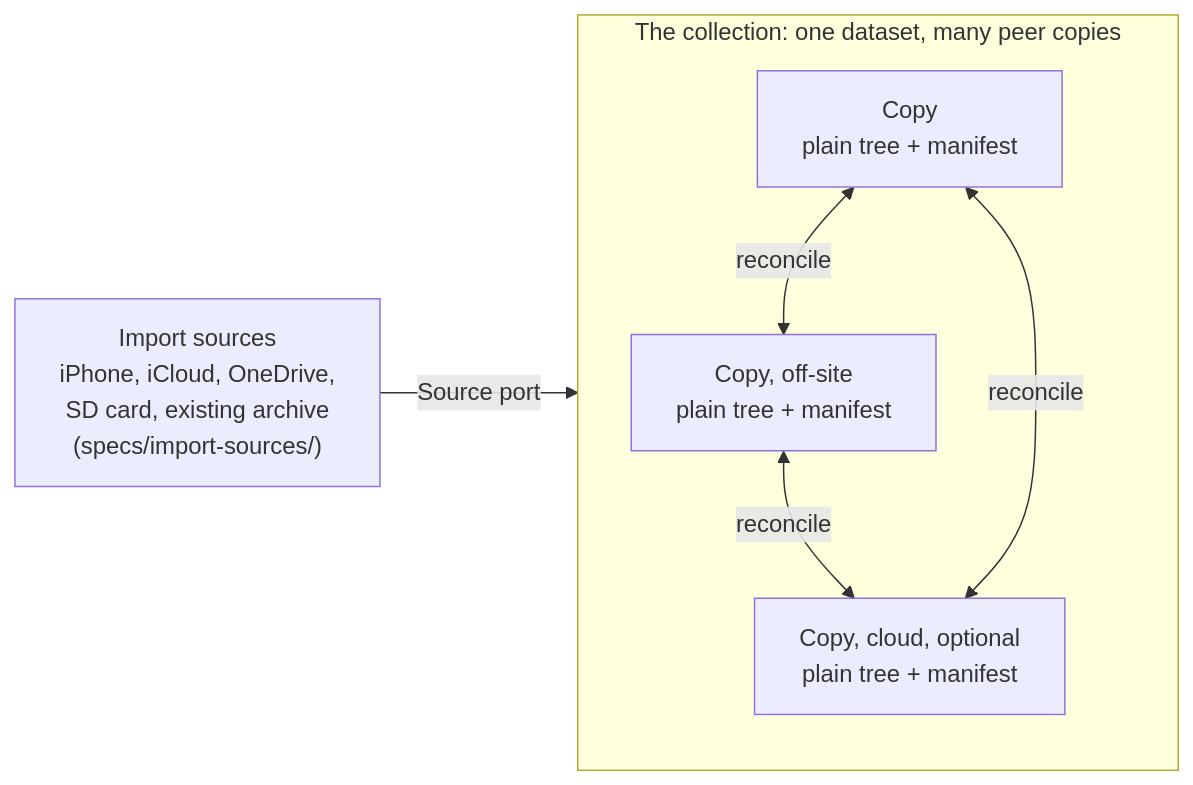
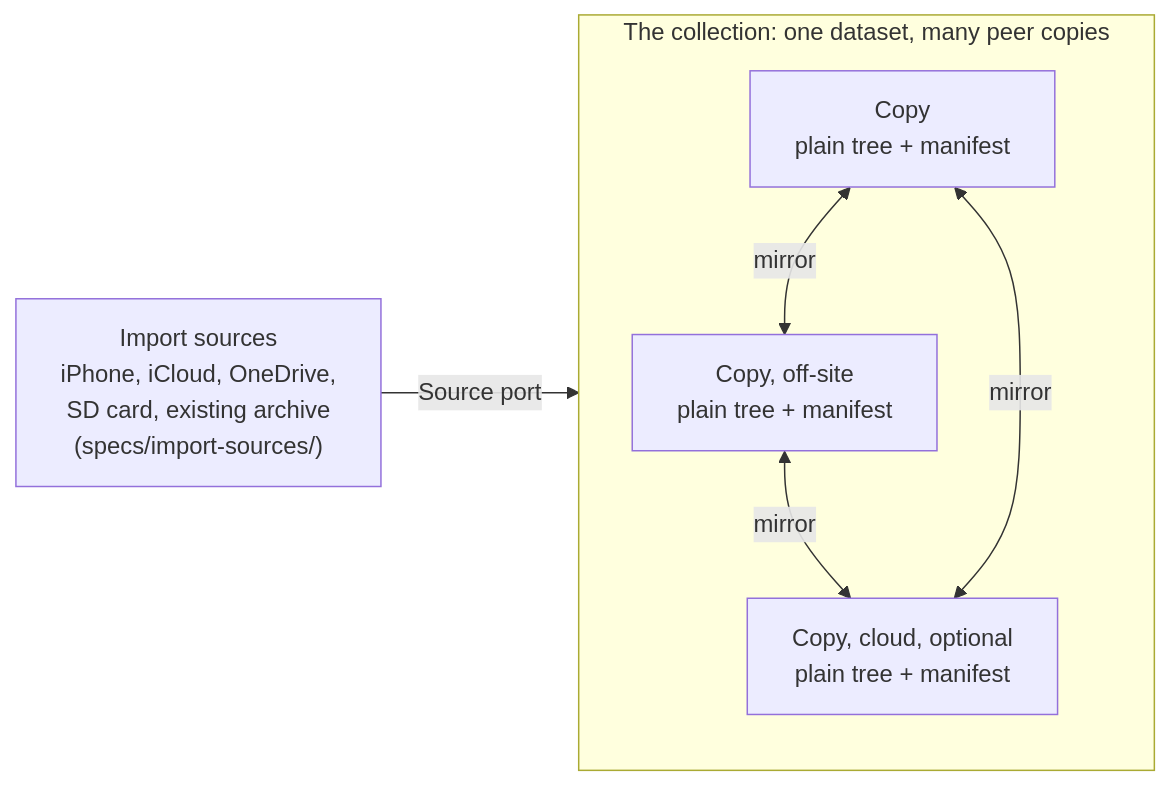
One commit to NikoAri/turbo-collection changed the diagram in specs/turbo-collection-spec.md. Above: the diagram before and after it, drawn with Mermaid. The commit also changed other lines of this file and 14 other files, not shown here.

````diff
--- a/specs/turbo-collection-spec.md
+++ b/specs/turbo-collection-spec.md
@@ -65,15 +65,15 @@
 ```mermaid
 flowchart LR
     IN["Import sources<br/>iPhone, iCloud, OneDrive,<br/>SD card, existing archive<br/>(specs/import-sources/)"]
 
     subgraph COLL["The collection: one dataset, many peer copies"]
         C1["Copy<br/>plain tree + manifest"]
         C2["Copy, off-site<br/>plain tree + manifest"]
         C3["Copy, cloud, optional<br/>plain tree + manifest"]
-        C1 <-->|reconcile| C2
-        C2 <-->|reconcile| C3
-        C1 <-->|reconcile| C3
+        C1 <-->|mirror| C2
+        C2 <-->|mirror| C3
+        C1 <-->|mirror| C3
     end
 
     IN -->|Source port| COLL
 ```
````
